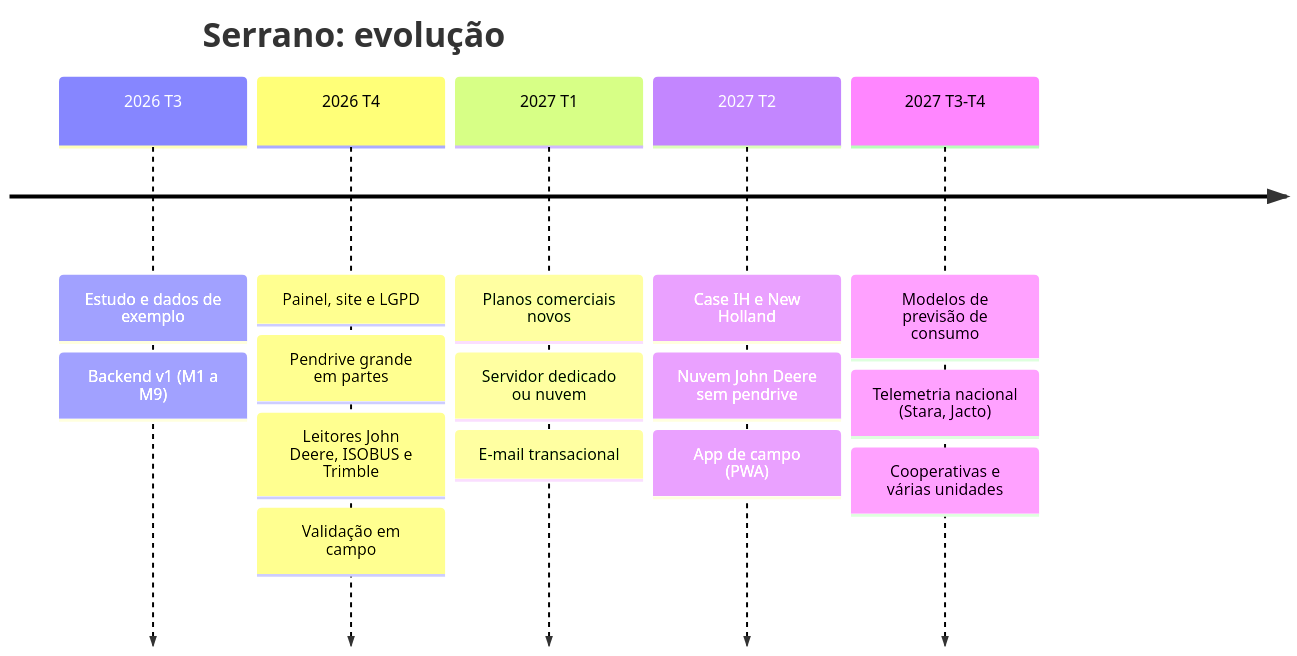
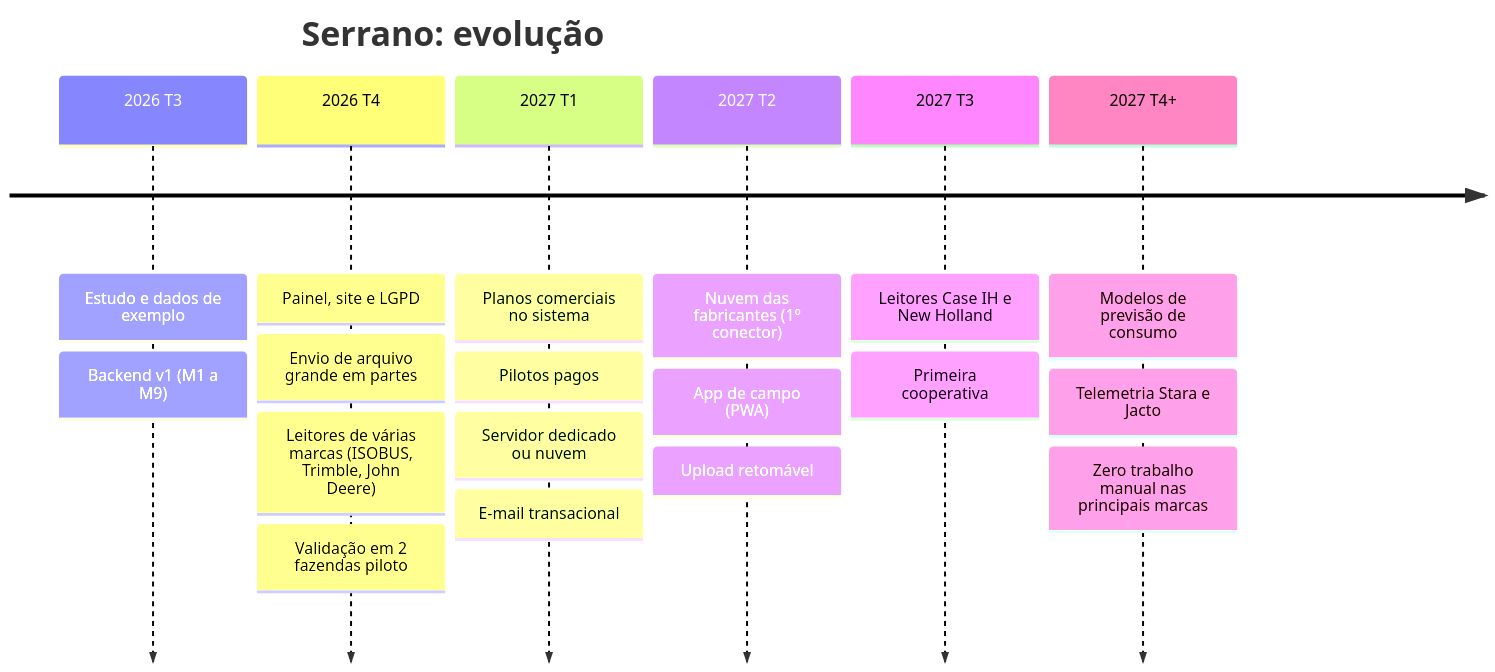
Before and after one commit to MarcosBristot/Serrano: the diagram in docs/entrega/roadmap.md, drawn with Mermaid. The commit also changed other lines of this file and 28 other files, not shown here.

````diff
--- a/docs/entrega/roadmap.md
+++ b/docs/entrega/roadmap.md
@@ -5,19 +10,22 @@
 ```mermaid
 timeline
     title Serrano: evolução
     2026 T3 : Estudo e dados de exemplo
             : Backend v1 (M1 a M9)
     2026 T4 : Painel, site e LGPD
-            : Pendrive grande em partes
-            : Leitores John Deere, ISOBUS e Trimble
-            : Validação em campo
-    2027 T1 : Planos comerciais novos
+            : Envio de arquivo grande em partes
+            : Leitores de várias marcas (ISOBUS, Trimble, John Deere)
+            : Validação em 2 fazendas piloto
+    2027 T1 : Planos comerciais no sistema
+            : Pilotos pagos
             : Servidor dedicado ou nuvem
             : E-mail transacional
-    2027 T2 : Case IH e New Holland
-            : Nuvem John Deere sem pendrive
+    2027 T2 : Nuvem das fabricantes (1º conector)
             : App de campo (PWA)
-    2027 T3-T4 : Modelos de previsão de consumo
-               : Telemetria nacional (Stara, Jacto)
-               : Cooperativas e várias unidades
+            : Upload retomável
+    2027 T3 : Leitores Case IH e New Holland
+            : Primeira cooperativa
+    2027 T4+ : Modelos de previsão de consumo
+             : Telemetria Stara e Jacto
+             : Zero trabalho manual nas principais marcas
 ```
````
